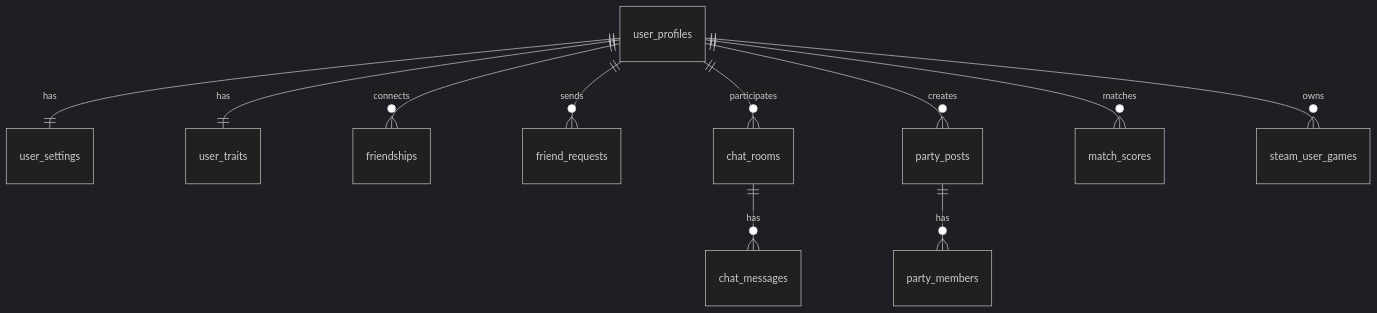
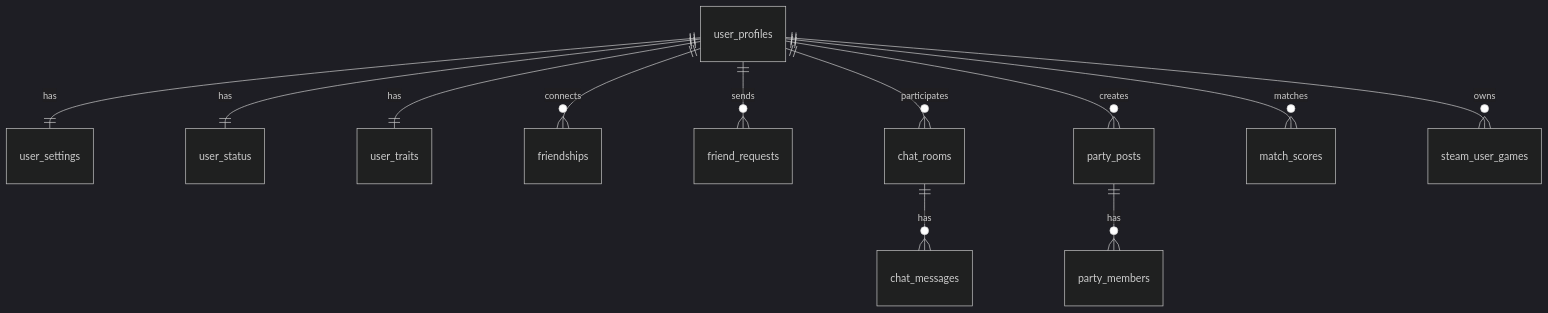
The second of 2 diagrams in docs/database/03-full-erd.md (szeunkk/ReadyGo), drawn with Mermaid (dark theme) before and after one commit. The commit also changed other lines of this file and 4 other files, not shown here.

````diff
--- a/docs/database/03-full-erd.md
+++ b/docs/database/03-full-erd.md
@@ -111,24 +112,25 @@
 ```mermaid
 erDiagram
   %% Core User
   user_profiles ||--|| user_settings : has
+  user_profiles ||--|| user_status : has
   user_profiles ||--|| user_traits : has
 
   %% Social
   user_profiles ||--o{ friendships : connects
   user_profiles ||--o{ friend_requests : sends
 
   %% Chat
   user_profiles ||--o{ chat_rooms : participates
   chat_rooms ||--o{ chat_messages : has
 
   %% Party
   user_profiles ||--o{ party_posts : creates
   party_posts ||--o{ party_members : has
 
   %% Match
   user_profiles ||--o{ match_scores : matches
 
   %% Steam
   user_profiles ||--o{ steam_user_games : owns
 ```
````
